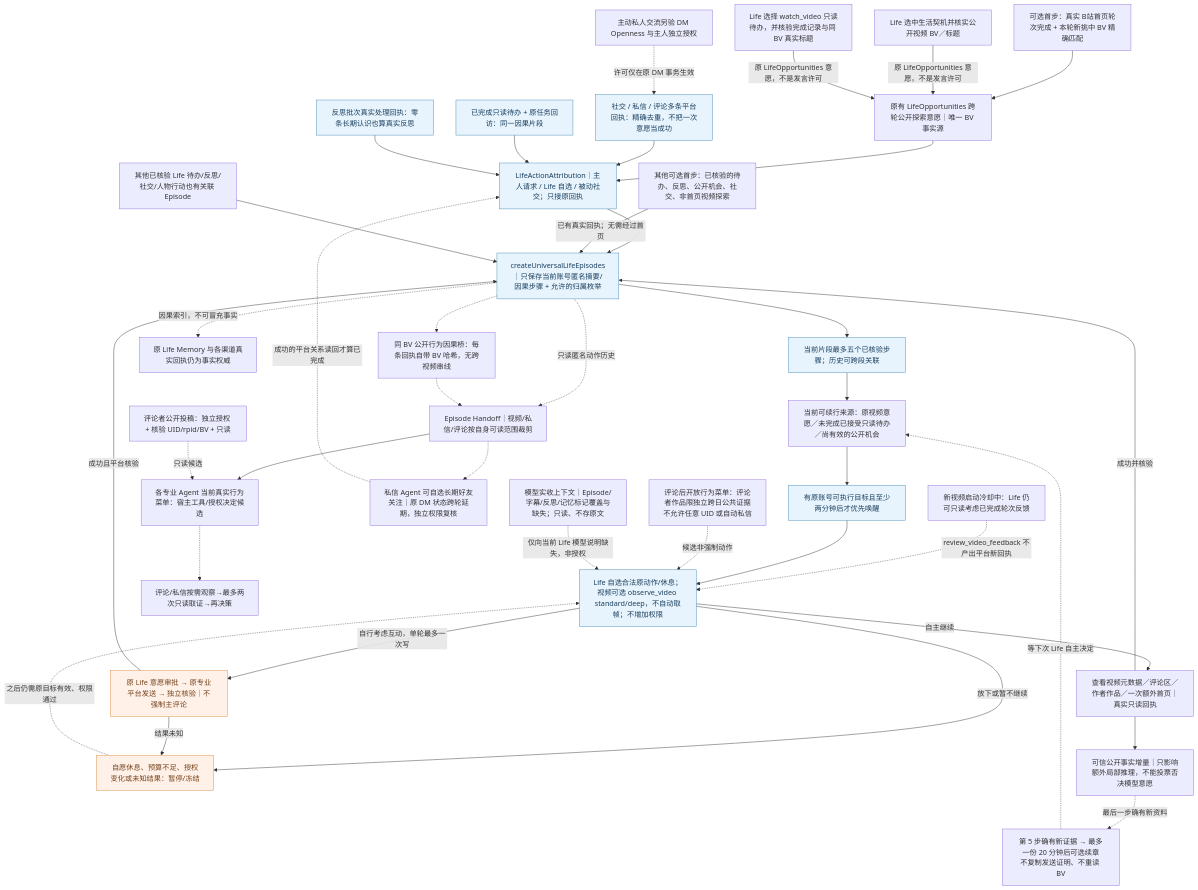
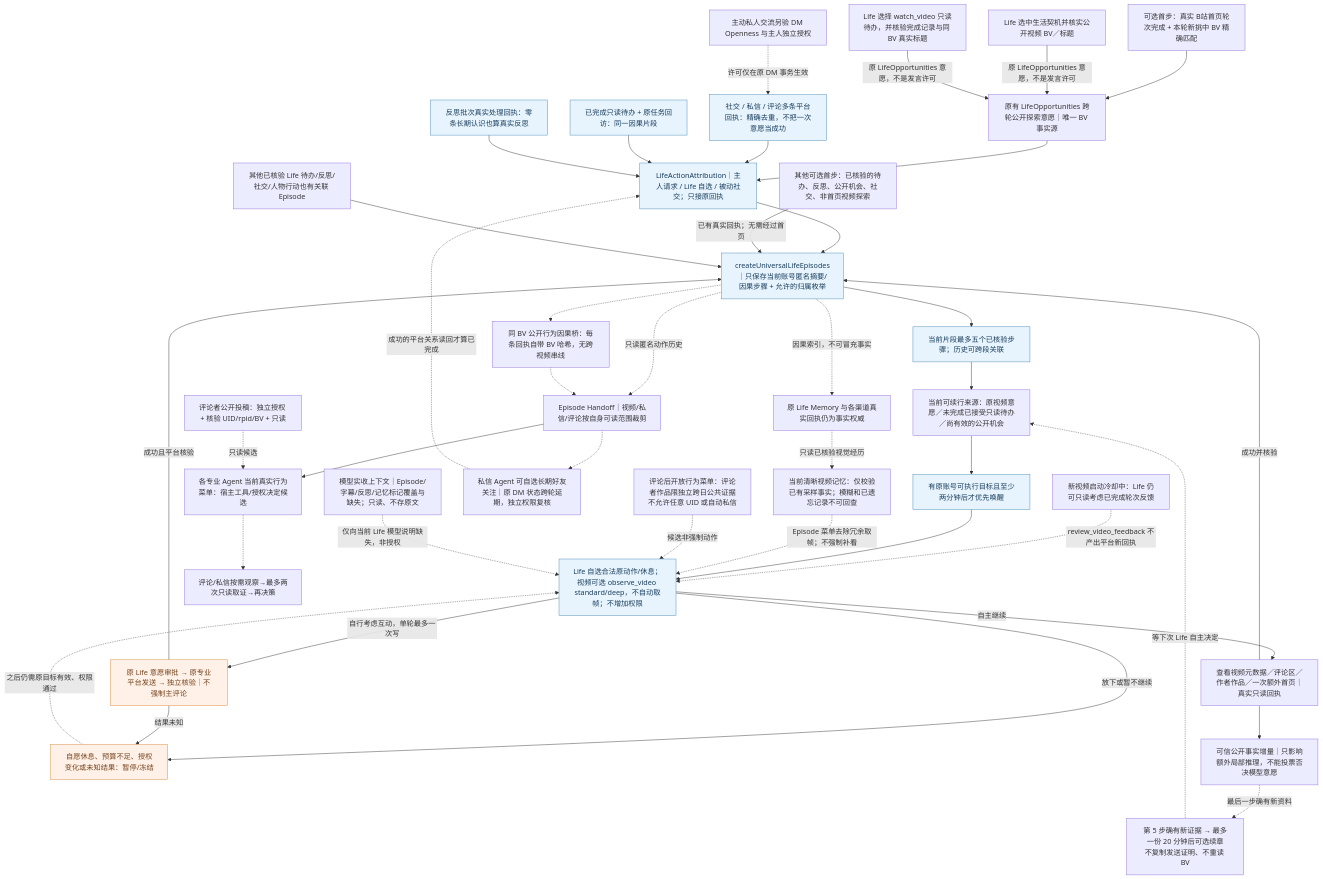
Before and after one commit to minedalang/dsh-dafeiyu-life: the diagram in docs/architecture/diagrams/life-universal-episodes-current.mmd, drawn with Mermaid. The commit also changed 17 other files, not shown here.

```diff
--- a/docs/architecture/diagrams/life-universal-episodes-current.mmd
+++ b/docs/architecture/diagrams/life-universal-episodes-current.mmd
@@ -1,120 +1,124 @@
+%% 2.8.2-dev.5：Episode 识图前复用当前账号仍清晰的已核验视觉记忆；采样时间间隔仅表示证据缺口，不代表连续观看。
 %% 2.8.2-dev.4：仅当前账号/清晰记忆的精确来源只读追溯；未来浅深分层记忆仍为未实施提案。
 %% 2.8.2-dev.3：Episode/视觉证据提供脱敏缺失说明；字幕只标原文字符范围；Reflection 节选禁止独立生成事实；记忆只标未入模数量。
 %% 2.8.2-dev.2：选中 BV 仅核实元数据；取帧必须由 Life 续行明确选择 observe_video 和深度，受原账号/视觉/证据门禁约束。
 %% dev.12：重复读取抑制额外模型唤醒，五步上限只保存一次未来自愿续章
 %% dev.10：视频 Episode 已选择的写操作与社交共用 FIFO 资格；不重复意愿模型。
 %% dev.74：评论区的自然熟悉度不形成主动私信资格，Episode 不赋予新权限。
 %% dev.73：普通自主 Life 最短间隔不再由 2 分钟经验/片段续接绕过；真实入站社交独立快唤醒。
 %% 管理页只读并列展示线索、契机与待办；Life 已批准不等于平台送达，待回执不能标为中断。
 %% dev.37 统一归属 + dev.36 Universal Episode：有意义的自主动作共享因果归属，不改变原平台授权
 flowchart TB
   child["可选首步：真实 B站首页轮次完成 + 本轮新挑中 BV 精确匹配"]
   firstOther["其他可选首步：已核验的待办、反思、公开机会、社交、非首页视频探索"]
   eligible["当前可续行来源：原视频意愿／未完成已接受只读待办／尚有效的公开机会"]
   canonical["原有 LifeOpportunities 跨轮公开探索意愿｜唯一 BV 事实源"]
   attribution["LifeActionAttribution｜主人请求 / Life 自选 / 被动社交；只接原回执"]
   socialReceipt["社交 / 私信 / 评论多条平台回执：精确去重，不把一次意愿当成功"]
   socialContact["主动私人交流另验 DM Openness 与主人独立授权"]
   todoReceipt["已完成只读待办 + 原任务回访：同一因果片段"]
   reflectionReceipt["反思批次真实处理回执：零条长期认识也算真实反思"]
   videoFeedback["新视频启动冷却中：Life 仍可只读考虑已完成轮次反馈"]
   record["createUniversalLifeEpisodes｜只保存当前账号匿名摘要/因果步骤 + 允许的归属枚举"]
   context["当前片段最多五个已核验步骤；历史可跨段关联"]
   due["有原账号可执行目标且至少两分钟后才优先唤醒"]
   menu["Life 自选合法原动作/休息；视频可选 observe_video standard/deep，不自动取帧；不增加权限"]
   read["查看视频元数据／评论区／作者作品／一次额外首页｜真实只读回执"]
   write["原 Life 意愿审批 → 原专业平台发送 → 独立核验｜不强制主评论"]
   pause["自愿休息、预算不足、授权变化或未知结果：暂停/冻结"]
   other["其他已核验 Life 待办/反思/社交/人物行动也有关联 Episode"]
   memory["原 Life Memory 与各渠道真实回执仍为事实权威"]
   child --> canonical --> attribution --> record
   socialContact -.->|许可仅在原 DM 事务生效| socialReceipt
   socialReceipt --> attribution
   todoReceipt --> attribution
   reflectionReceipt --> attribution
   firstOther -->|已有真实回执；无需经过首页| record
   opportunityEntry["Life 选中生活契机并核实公开视频 BV／标题"]
   todoVideoEntry["Life 选择 watch_video 只读待办，并核验完成记录与同 BV 真实标题"]
   opportunityEntry -->|原 LifeOpportunities 意愿，不是发言许可| canonical
   todoVideoEntry -->|原 LifeOpportunities 意愿，不是发言许可| canonical
   videoFeedback -.->|review_video_feedback 不产出平台新回执| menu
   record --> context --> eligible --> due --> menu
   menu -->|自主继续| read -->|成功并核验| record
   menu -->|自行考虑互动，单轮最多一次写| write -->|成功且平台核验| record
   menu -->|放下或暂不继续| pause
   write -->|结果未知| pause
   other --> record
   record -.->|因果索引，不可冒充事实| memory
+  rememberedVisual["当前清晰视频记忆：仅校验已有采样事实；模糊和已遗忘记录不可回查"]
+  memory -.->|只读已核验视觉经历| rememberedVisual
+  rememberedVisual -.->|Episode 菜单去除冗余取帧；不强制补看| menu
   pause -.->|之后仍需原目标有效、权限通过| menu
   classDef safe fill:#e8f4fd,stroke:#4689b6,color:#173d5c
   classDef caveat fill:#fff1e7,stroke:#d68a3c,color:#74421c
   class record,context,menu,due,attribution,socialReceipt,todoReceipt,reflectionReceipt safe
   class pause,write caveat
 
 %% @code child | index.js | const episode=lifeOpportunities.beginHomeExploration
 %% @code canonical | lib/life-opportunities.mjs | const continuations=
 %% @code firstOther | lib/autonomous-planner.mjs | const good=new Map([
 %% @code eligible | lib/life-episode-entrypoints.mjs | export function eligibleLifeEpisodeSources
 %% @code record | lib/life-universal-episodes.mjs | export function createUniversalLifeEpisodes
 %% @code context | lib/life-universal-episodes.mjs | const view=e=>
 %% @code due | lib/life-universal-episodes.mjs | const due=(
 %% @code menu | lib/autonomous-planner.mjs | action:'resume_episode'
 %% @code read | lib/autonomous-planner.mjs | const continueLifeRead=async
 %% @code write | lib/life-video-action-bridge.mjs | createLifeVideoActionBridge
 %% @code pause | lib/life-universal-episodes.mjs | const pauseLatest=(
 %% @code other | index.js | onEpisodeAction:proof=>universalLifeEpisodes.record(proof)
 %% @code memory | lib/life-memory-coordinator.mjs | createLifeMemoryCoordinator
 
 %% @code attribution | lib/life-action-attribution.mjs | export function createLifeActionAttribution
 %% @code socialReceipt | lib/life-willingness.mjs | const exact=typeof receiptId
 %% @code todoReceipt | index.js | sourceRef:'todo:'+original.id
 %% @code reflectionReceipt | lib/life-reflection.mjs | result.receiptId=receiptId
 
 %% @code videoFeedback | lib/autonomous-planner.mjs | action:'review_video_feedback'
 
 %% dev.38 专业 Agent 局部决策复用同账号匿名因果摘要；Episode 没有发送权。
 subagentHandoff["Episode Handoff｜视频/私信/评论按自身可读范围裁剪"]
 subagentFollow["私信 Agent 可自选长期好友关注｜原 DM 状态跨轮延期，独立权限复核"]
 record -.->|只读匿名动作历史| subagentHandoff
 subagentHandoff -.-> subagentFollow
 subagentFollow -.->|成功的平台关系读回才算已完成| attribution
 %% @code subagentHandoff | lib/life-subagent-continuity.mjs | export function lifeSubagentHandoff
 %% @code subagentFollow | lib/dm-autoreply.mjs | pending.status='reserved'
 
 %% dev.40: every verified BV public action is anchored on ITS OWN step, never the whole episode.
 publicStepBridge["同 BV 公开行为因果桥：每条回执自带 BV 哈希，无跨视频串线"]
 professionalMenu["各专业 Agent 当前真实行为菜单：宿主工具/授权决定候选"]
 commentObservation["评论/私信按需观察→最多两次只读取证→再决策"]
 commentPublicPerson["评论者公开投稿：独立授权 + 核验 UID/rpid/BV + 只读"]
 record -.-> publicStepBridge -.-> subagentHandoff
 subagentHandoff --> professionalMenu
 commentPublicPerson -.->|只读候选| professionalMenu
 professionalMenu -.-> commentObservation
 %% @code publicStepBridge | lib/life-universal-episodes.mjs | const publicVideoState=bvid=>
 %% @code professionalMenu | lib/life-subagent-continuity.mjs | export function subagentActionMenu
 %% @code commentObservation | lib/interaction-batch.mjs | for(let pass=0;pass<2;pass++){
 %% @code commentPublicPerson | lib/life-public-capabilities.mjs | export async function readVerifiedCommenterPublicVideos
 
 %% @code socialContact | lib/life-friend-initiatives.mjs | const outboundEnabled=
 
 %% @code opportunityEntry | lib/life-opportunities.mjs | const beginInspectedOpportunity=
 %% @code todoVideoEntry | lib/life-opportunities.mjs | const beginCompletedVideoTodo=
 
 %% dev.12: non-repeating LOCAL consideration and an optional bounded future chapter.
 novelRead["可信公开事实增量｜只影响额外局部推理，不能投票否决模型意愿"]
 optionalChapter["第 5 步确有新证据 → 最多一份 20 分钟后可选续章
 不复制发送证明、不重读 BV"]
 commenterChoice["评论后开放行为菜单：评论者作品限独立跨日公共证据
 不允许任意 UID 或自动私信"]
 read --> novelRead
 novelRead -.->|最后一步确有新资料| optionalChapter
 optionalChapter -.->|等下次 Life 自主决定| eligible
 commenterChoice -.->|候选非强制动作| menu
 %% @code novelRead | lib/life-episode-value.mjs | export function verifiedEpisodeYield
 %% @code optionalChapter | lib/life-opportunities.mjs | const carryNewEvidence=
 %% @code commenterChoice | lib/life-continuation.mjs | inspect_commenter_works
 %% 2.8.2 PR-1A: bounded *prompt-only* context delivery; never a permission,
 %% receipt, memory fact or autonomous decision. The original Life route stays.
 contextDelivery282["模型实收上下文｜Episode/字幕/反思/记忆标记覆盖与缺失；只读、不存原文"]
 contextDelivery282 -.->|仅向当前 Life 模型说明缺失，非授权| menu
 %% @code contextDelivery282 | lib/context-delivery.mjs | export function deliverJsonContext
```
